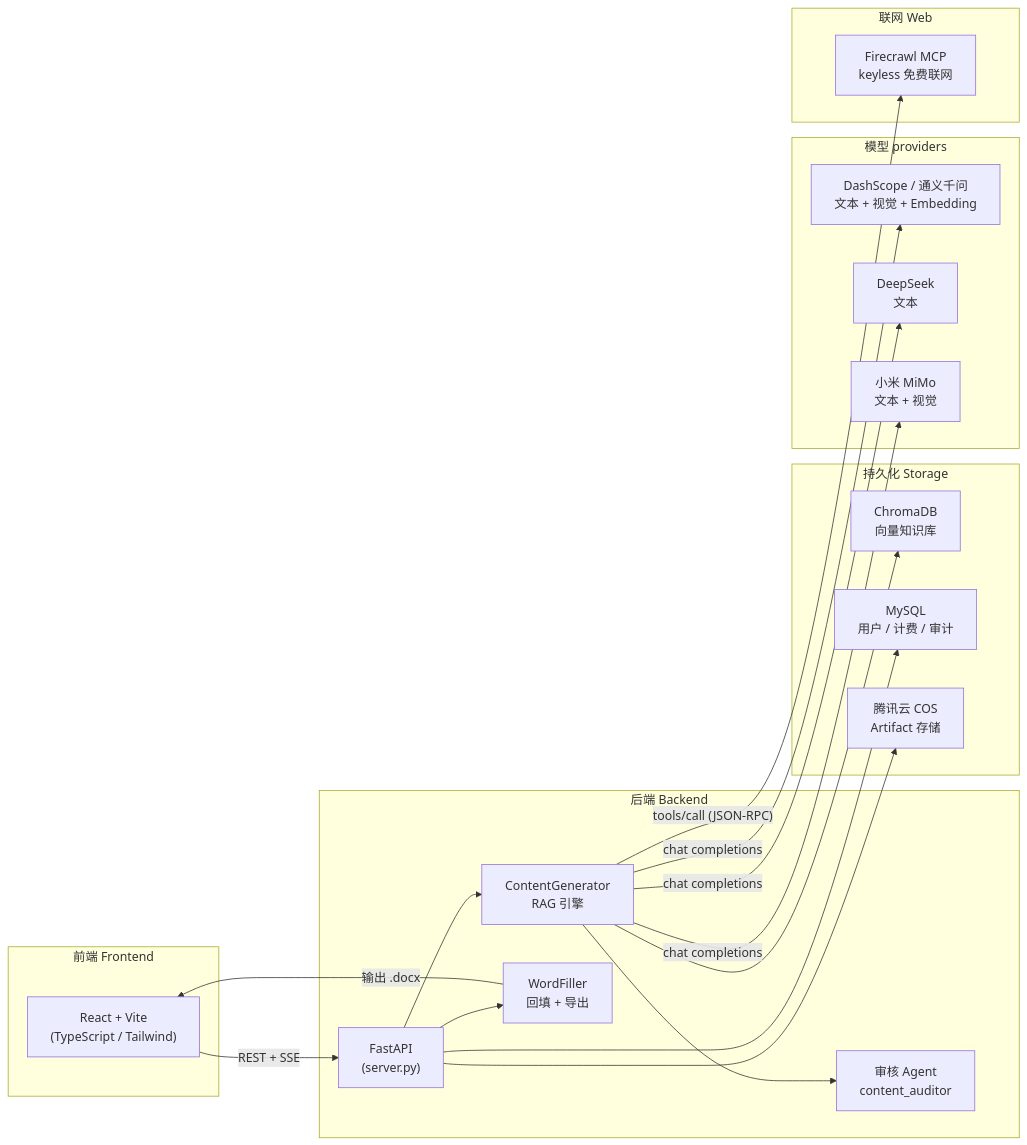
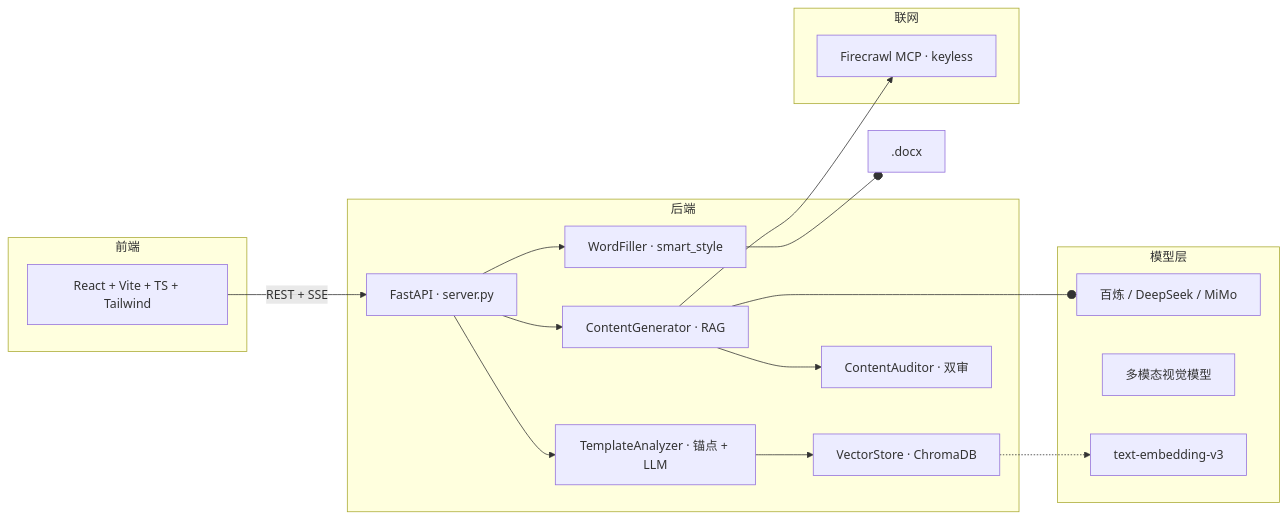
One commit to htt-FAK/xiangmushu changed the diagram in README.md. Above: the diagram before and after it, drawn with Mermaid. The commit also changed other lines of this file and 7 other files, not shown here.

````diff
--- a/README.md
+++ b/README.md
@@ -96,42 +130,33 @@
 ```mermaid
 flowchart LR
-    subgraph frontend ["前端 Frontend"]
-        React["React + Vite<br/>(TypeScript / Tailwind)"]
+    subgraph frontend ["前端"]
+        React["React + Vite + TS + Tailwind"]
     end
 
-    subgraph backend ["后端 Backend"]
-        FastAPI["FastAPI<br/>(server.py)"]
-        Gen["ContentGenerator<br/>RAG 引擎"]
-        Audit["审核 Agent<br/>content_auditor"]
-        Fill["WordFiller<br/>回填 + 导出"]
+    subgraph backend ["后端"]
+        FastAPI["FastAPI · server.py"]
+        Analyzer["TemplateAnalyzer · 锚点 + LLM"]
+        VectorStore["VectorStore · ChromaDB"]
+        Generator["ContentGenerator · RAG"]
+        Filler["WordFiller · smart_style"]
+        Auditor["ContentAuditor · 双审"]
     end
 
-    subgraph storage ["持久化 Storage"]
-        Chroma["ChromaDB<br/>向量知识库"]
-        MySQL["MySQL<br/>用户 / 计费 / 审计"]
-        COS["腾讯云 COS<br/>Artifact 存储"]
+    subgraph models ["模型层"]
+        LLM["百炼 / DeepSeek / MiMo"]
+        Vision["多模态视觉模型"]
+        Embedding["text-embedding-v3"]
     end
 
-    subgraph models ["模型 providers"]
-        DashScope["DashScope / 通义千问<br/>文本 + 视觉 + Embedding"]
-        DeepSeek["DeepSeek<br/>文本"]
-        MiMo["小米 MiMo<br/>文本 + 视觉"]
-    end
-
-    subgraph web ["联网 Web"]
-        Firecrawl["Firecrawl MCP<br/>keyless 免费联网"]
+    subgraph web ["联网"]
+        Firecrawl["Firecrawl MCP · keyless"]
     end
 
     React -->|"REST + SSE"| FastAPI
-    FastAPI --> Gen
-    Gen --> Chroma
-    Gen -->|"chat completions"| DashScope
-    Gen -->|"chat completions"| DeepSeek
-    Gen -->|"chat completions"| MiMo
-    Gen -->|"tools/call (JSON-RPC)"| Firecrawl
-    Gen --> Audit
-    FastAPI --> Fill
-    FastAPI --> MySQL
-    FastAPI --> COS
-    Fill -->|"输出 .docx"| React
+    FastAPI --> Analyzer --> VectorStore
+    FastAPI --> Generator --o LLM
+    VectorStore -.-> Embedding
+    Generator --> Auditor
+    FastAPI --> Filler --o .docx
+    Generator --> Firecrawl
 ```
````
